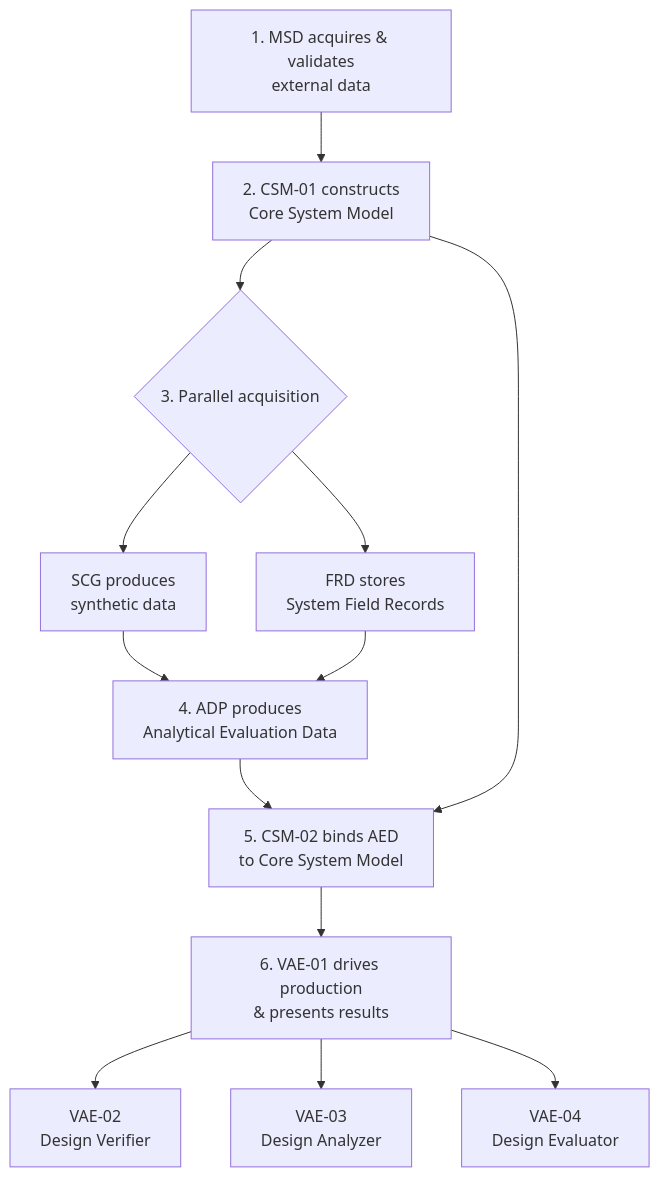
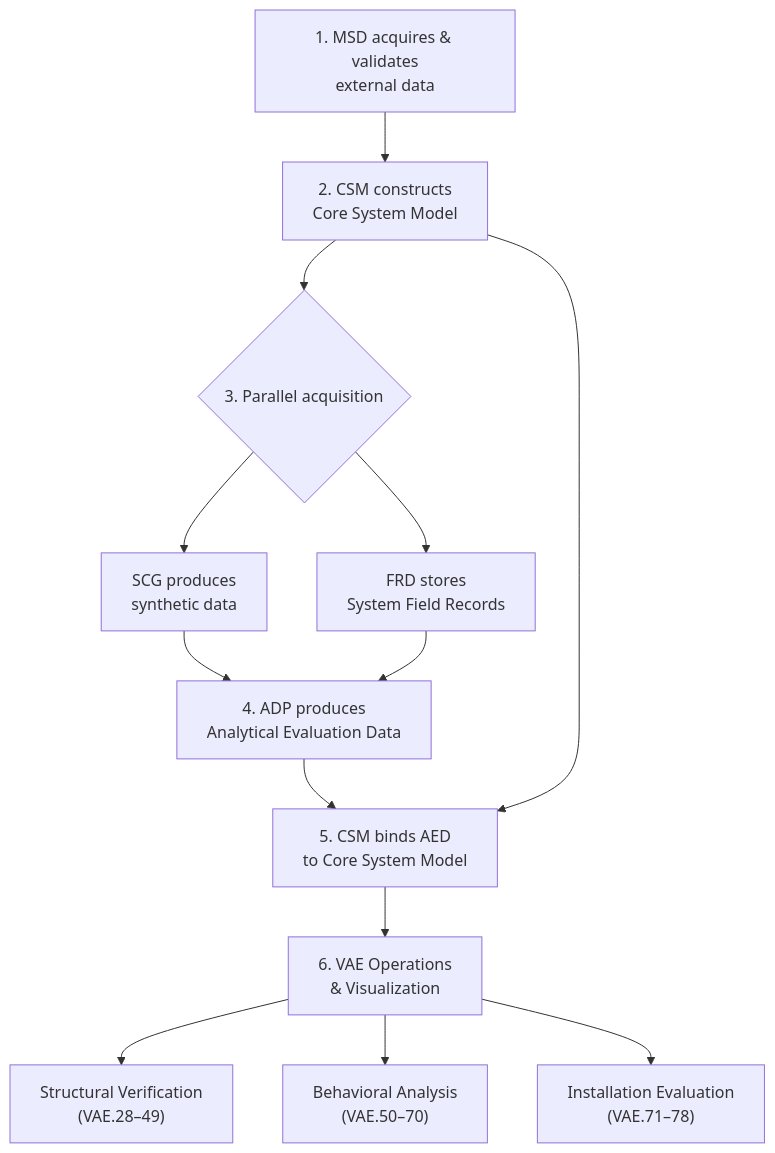
The first of 2 diagrams in docs/design/SDD.md (onuralpyigit/system-as-a-graph), drawn with Mermaid before and after one commit. The commit also changed other lines of this file and 8 other files, not shown here.

````diff
--- a/docs/design/SDD.md
+++ b/docs/design/SDD.md
@@ -47,15 +47,15 @@
 ```mermaid
 flowchart TD
-    A["1. MSD acquires &amp; validates<br/>external data"] --> B["2. CSM-01 constructs<br/>Core System Model"]
+    A["1. MSD acquires &amp; validates<br/>external data"] --> B["2. CSM constructs<br/>Core System Model"]
     B --> C{"3. Parallel acquisition"}
     C --> D["SCG produces<br/>synthetic data"]
     C --> E["FRD stores<br/>System Field Records"]
     D --> F["4. ADP produces<br/>Analytical Evaluation Data"]
     E --> F
-    F --> G["5. CSM-02 binds AED<br/>to Core System Model"]
+    F --> G["5. CSM binds AED<br/>to Core System Model"]
     B --> G
-    G --> H["6. VAE-01 drives production<br/>&amp; presents results"]
-    H --> I["VAE-02<br/>Design Verifier"]
-    H --> J["VAE-03<br/>Design Analyzer"]
-    H --> K["VAE-04<br/>Design Evaluator"]
+    G --> H["6. VAE Operations<br/>&amp; Visualization"]
+    H --> I["Structural Verification<br/>(VAE.28–49)"]
+    H --> J["Behavioral Analysis<br/>(VAE.50–70)"]
+    H --> K["Installation Evaluation<br/>(VAE.71–78)"]
 ```
````
